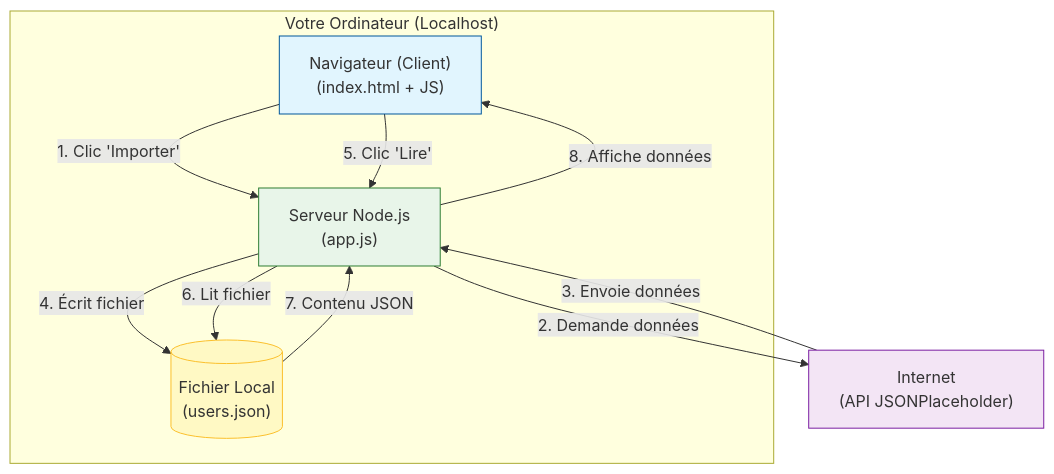
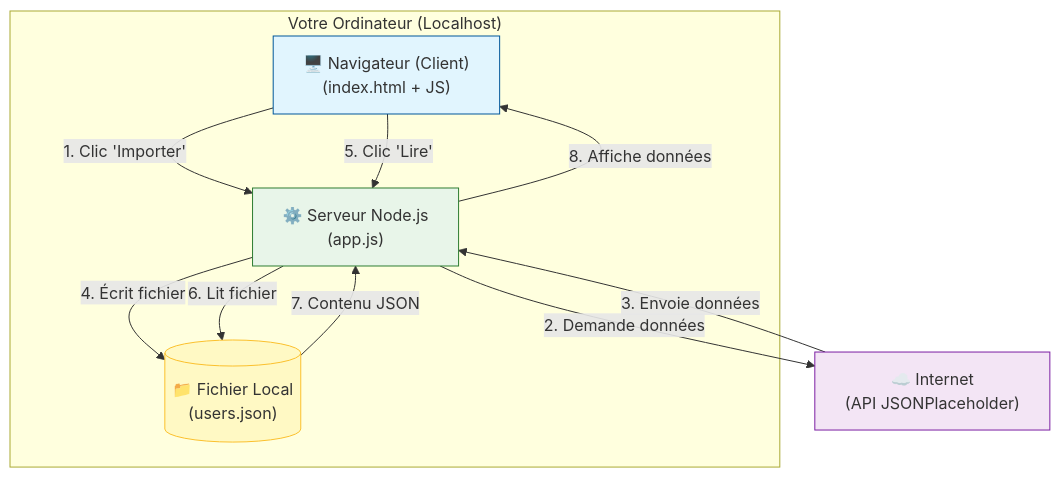
The diagram in TD-APIREST.md (BRINSIHAMZA78/DEVFULLSTACK), drawn with Mermaid before and after one commit. The commit also changed other lines of this file, not shown here.

````diff
--- a/TD-APIREST.md
+++ b/TD-APIREST.md
@@ -21,27 +21,27 @@
 ```mermaid
 graph TD
     subgraph "Votre Ordinateur (Localhost)"
-        Browser[" Navigateur (Client)<br>(index.html + JS)"]
-        Node[" Serveur Node.js<br>(app.js)"]
-        File[(" Fichier Local<br>(users.json)")]
+        Browser["🖥️ Navigateur (Client)<br>(index.html + JS)"]
+        Node["⚙️ Serveur Node.js<br>(app.js)"]
+        File[("📁 Fichier Local<br>(users.json)")]
     end
 
-    Internet[" Internet<br>(API JSONPlaceholder)"]
+    Internet["☁️ Internet<br>(API JSONPlaceholder)"]
 
     %% Flux 1 : Importation
     Browser -- "1. Clic 'Importer'" --> Node
     Node -- "2. Demande données" --> Internet
     Internet -- "3. Envoie données" --> Node
     Node -- "4. Écrit fichier" --> File
 
     %% Flux 2 : Lecture
     Browser -- "5. Clic 'Lire'" --> Node
     Node -- "6. Lit fichier" --> File
     File -- "7. Contenu JSON" --> Node
     Node -- "8. Affiche données" --> Browser
 
     style Browser fill:#e1f5fe,stroke:#01579b
     style Node fill:#e8f5e9,stroke:#2e7d32
     style File fill:#fff9c4,stroke:#fbc02d
     style Internet fill:#f3e5f5,stroke:#7b1fa2
 ```
````
